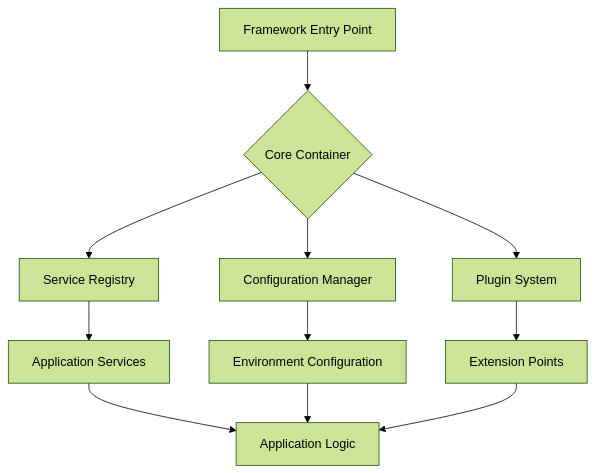
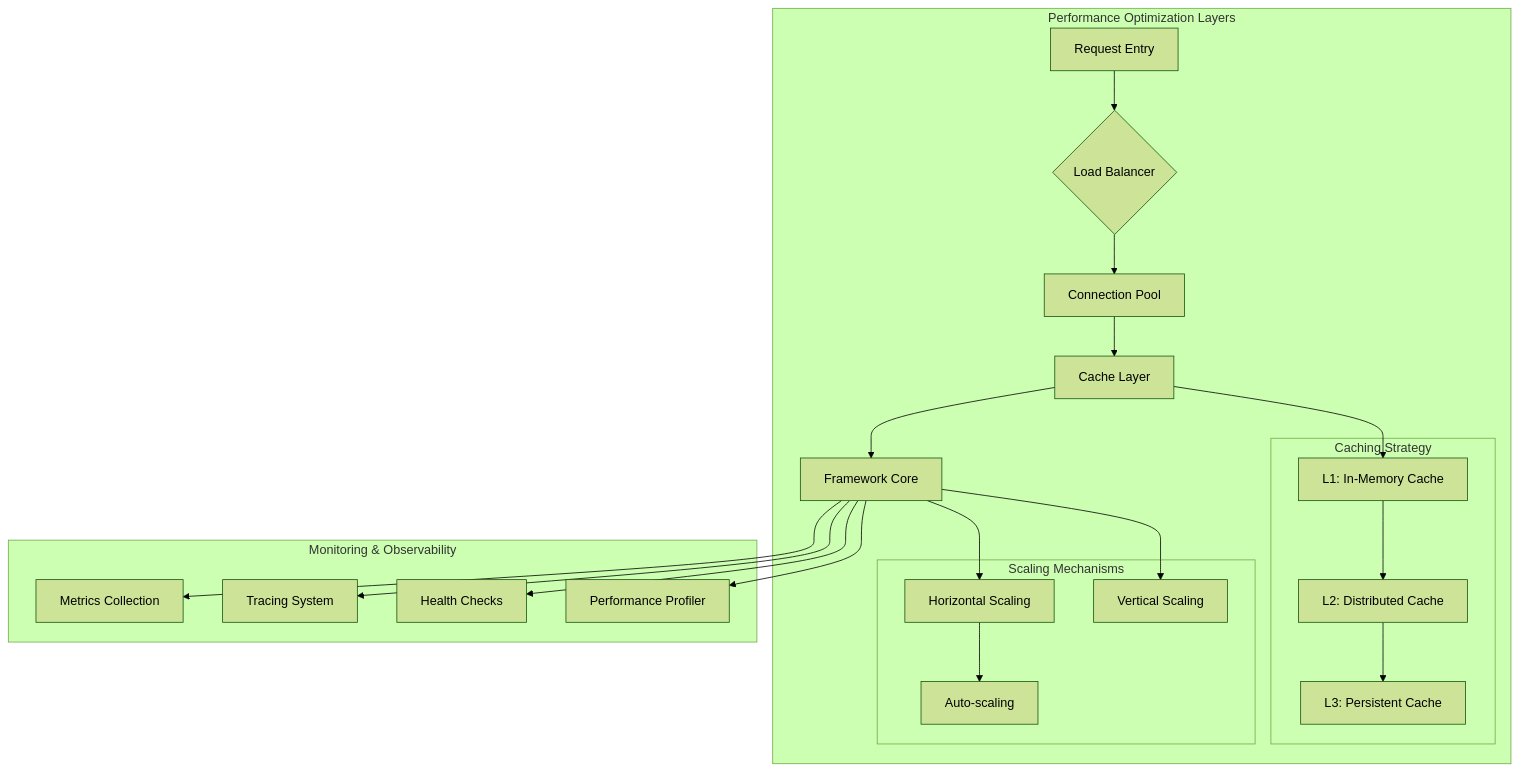
Before and after one commit to xincheng213618/OpenDeepWiki: the fifth of 10 diagrams in src/KoalaWiki/Prompts/Warehouse/GenerateDocsFrameworks.md, drawn with Mermaid (forest theme). The commit also changed other lines of this file and 31 other files, not shown here.

````diff
--- a/src/KoalaWiki/Prompts/Warehouse/GenerateDocsFrameworks.md
+++ b/src/KoalaWiki/Prompts/Warehouse/GenerateDocsFrameworks.md
@@ -148,11 +273,41 @@
 ```mermaid
-flowchart TD
-    A[Framework Entry Point] --> B{Core Container}
-    B --> C[Service Registry]
-    B --> D[Configuration Manager]
-    B --> E[Plugin System]
-    C --> F[Application Services]
-    D --> G[Environment Configuration]
-    E --> H[Extension Points]
-    F & G & H --> I[Application Logic]
+graph TD
+    subgraph "Performance Optimization Layers"
+        A[Request Entry] --> B{Load Balancer}
+        B --> C[Connection Pool]
+        C --> D[Cache Layer]
+        D --> E[Framework Core]
+        
+        subgraph "Caching Strategy"
+            F[L1: In-Memory Cache]
+            G[L2: Distributed Cache]
+            H[L3: Persistent Cache]
+        end
+        
+        D --> F
+        F --> G
+        G --> H
+        
+        subgraph "Scaling Mechanisms"
+            I[Horizontal Scaling]
+            J[Vertical Scaling]
+            K[Auto-scaling]
+        end
+        
+        E --> I
+        E --> J
+        I --> K
+    end
+    
+    subgraph "Monitoring & Observability"
+        L[Metrics Collection]
+        M[Tracing System]
+        N[Health Checks]
+        O[Performance Profiler]
+    end
+    
+    E --> L
+    E --> M
+    E --> N
+    E --> O
 ```
````
